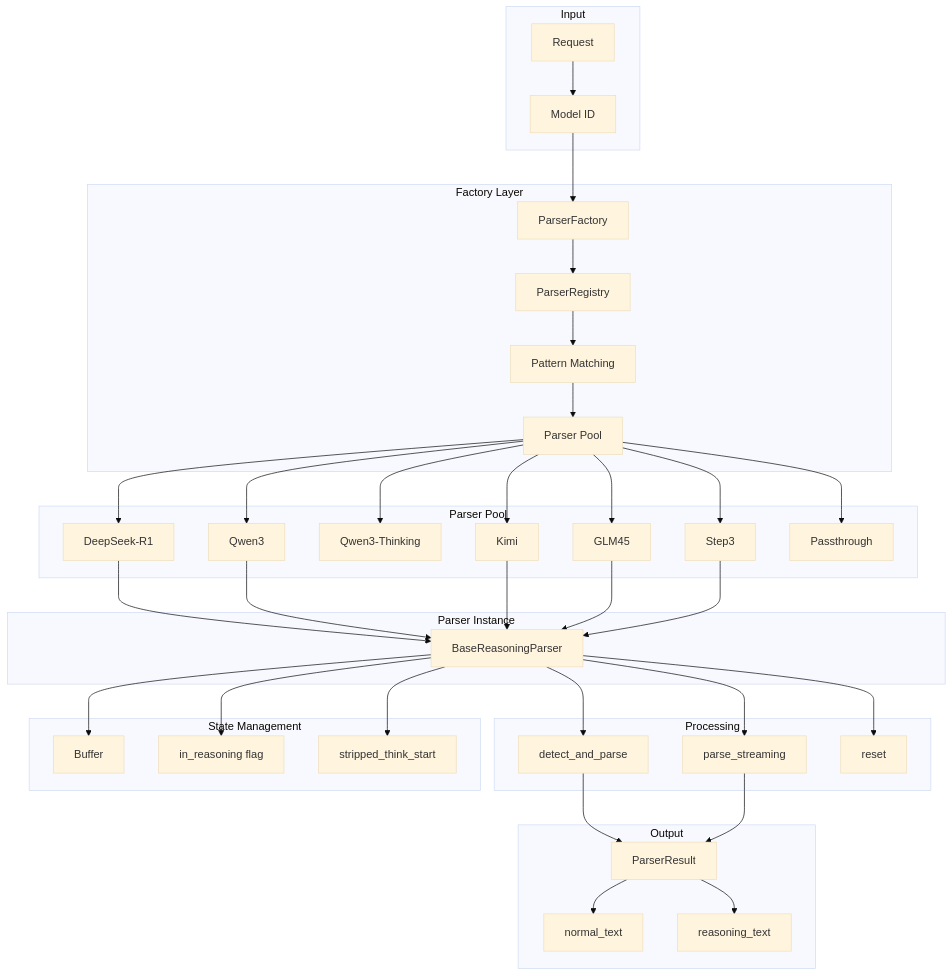
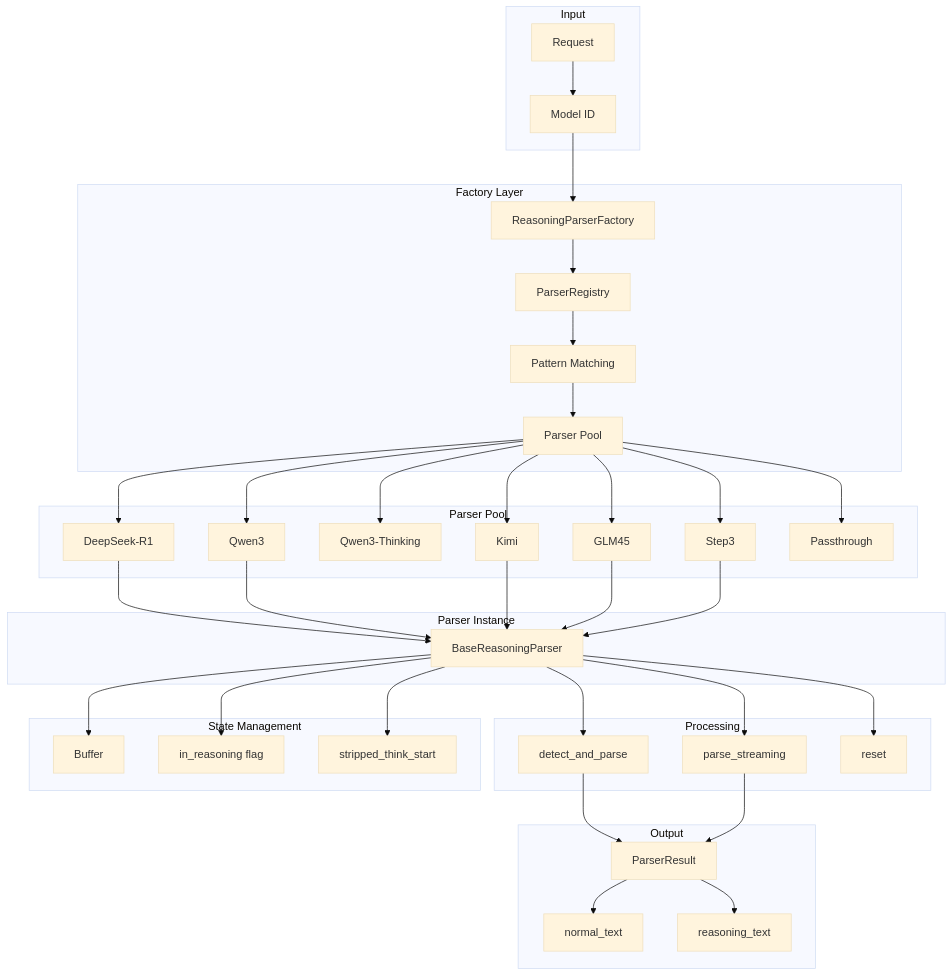
One commit to xiaoshuai/sglang changed the first of 3 diagrams in sgl-router/src/reasoning_parser/README.md. Above: the diagram before and after it, drawn with Mermaid (base theme). The commit also changed other lines of this file and 935 other files, not shown here.

````diff
--- a/sgl-router/src/reasoning_parser/README.md
+++ b/sgl-router/src/reasoning_parser/README.md
@@ -40,50 +40,50 @@
 ```mermaid
 graph TB
     subgraph Input
         R[Request] --> MID[Model ID]
     end
 
     subgraph Factory Layer
-        MID --> PF[ParserFactory]
+        MID --> PF[ReasoningParserFactory]
         PF --> REG[ParserRegistry]
         REG --> PM[Pattern Matching]
         PM --> PP[Parser Pool]
     end
 
     subgraph Parser Pool
         PP --> DS[DeepSeek-R1]
         PP --> QW[Qwen3]
         PP --> QWT[Qwen3-Thinking]
         PP --> KM[Kimi]
         PP --> GL[GLM45]
         PP --> S3[Step3]
         PP --> PT[Passthrough]
     end
 
     subgraph Parser Instance
         DS --> BP[BaseReasoningParser]
         QW --> BP
         KM --> BP
         GL --> BP
         S3 --> BP
     end
 
     subgraph Processing
         BP --> DAP[detect_and_parse]
         BP --> PSI[parse_streaming]
         BP --> RST[reset]
     end
 
     subgraph State Management
         BP --> BUF[Buffer]
         BP --> IR[in_reasoning flag]
         BP --> STS[stripped_think_start]
     end
 
     subgraph Output
         DAP --> PR[ParserResult]
         PSI --> PR
         PR --> NT[normal_text]
         PR --> RT[reasoning_text]
     end
 ```
````
